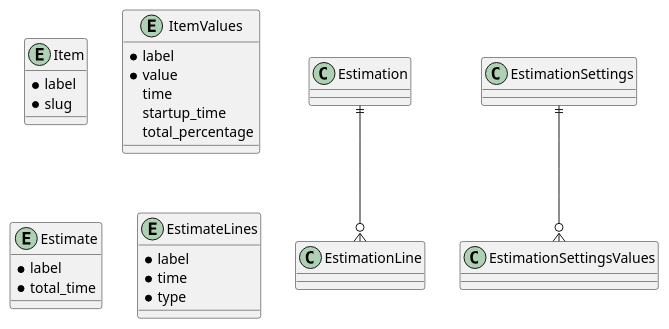
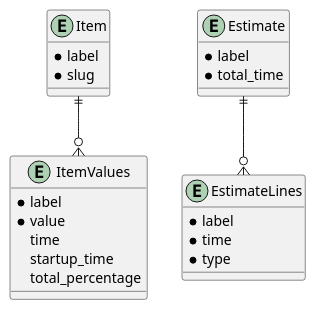
The diagram in docs/diagramme/diagramme.puml (Christophe-Guigniou/corrections-parcours), drawn with PlantUML before and after one commit.

```diff
--- a/docs/diagramme/diagramme.puml
+++ b/docs/diagramme/diagramme.puml
@@ -1,29 +1,29 @@
 @startuml
 
 entity Item {
     *label
     *slug
 }
 
 entity ItemValues {
     *label
     *value
     time
     startup_time
     total_percentage
 }
 
 entity Estimate {
     *label
     *total_time
 }
 
 entity EstimateLines {
     *label
     *time
     *type
 }
 
-Estimation ||--o{ EstimationLine
-EstimationSettings ||--o{ EstimationSettingsValues
+Estimate ||--o{ EstimateLines
+Item ||--o{ ItemValues
 @enduml
```
